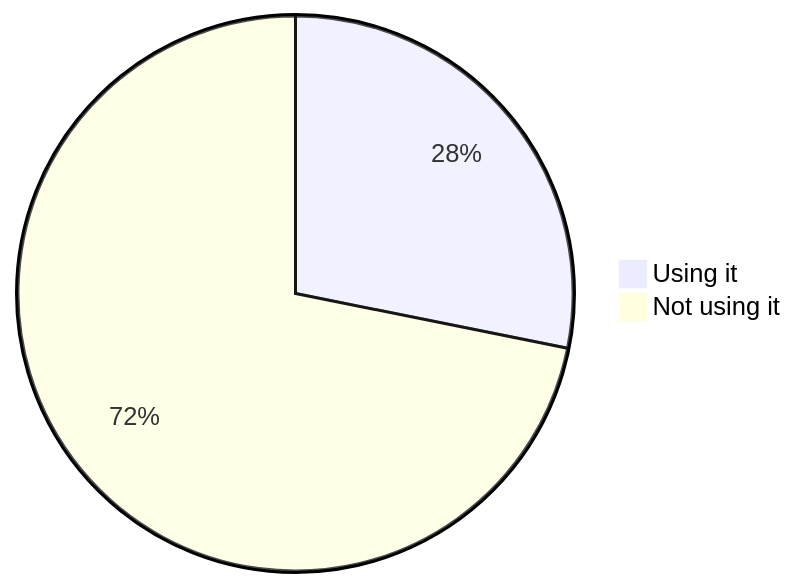
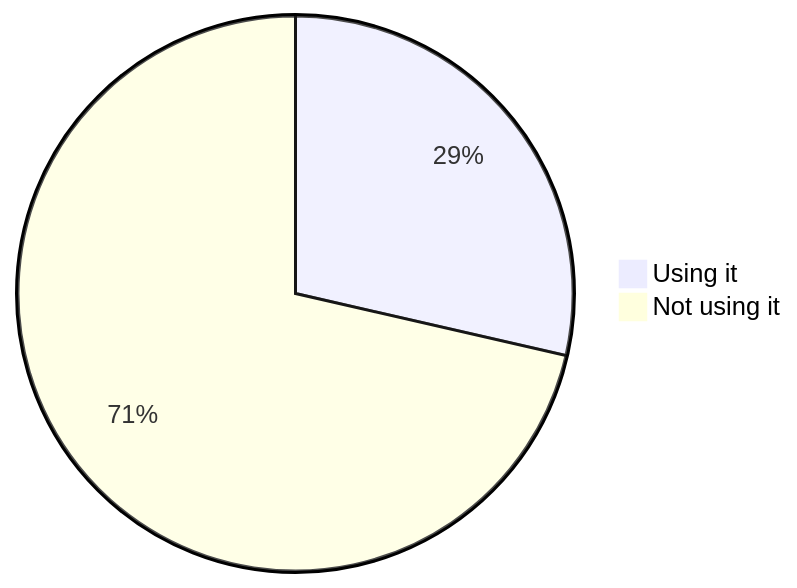
Before and after one commit to oshp/oshp-stats: diagram 16 of 22 in stats.md, drawn with Mermaid. The commit also changed other lines of this file, not shown here.

````diff
--- a/stats.md
+++ b/stats.md
@@ -190,6 +190,6 @@
 ```mermaid
 pie
-	"Using it" : 28.16
-	"Not using it" : 71.84
+	"Using it" : 28.59
+	"Not using it" : 71.41
 
 ```
````
